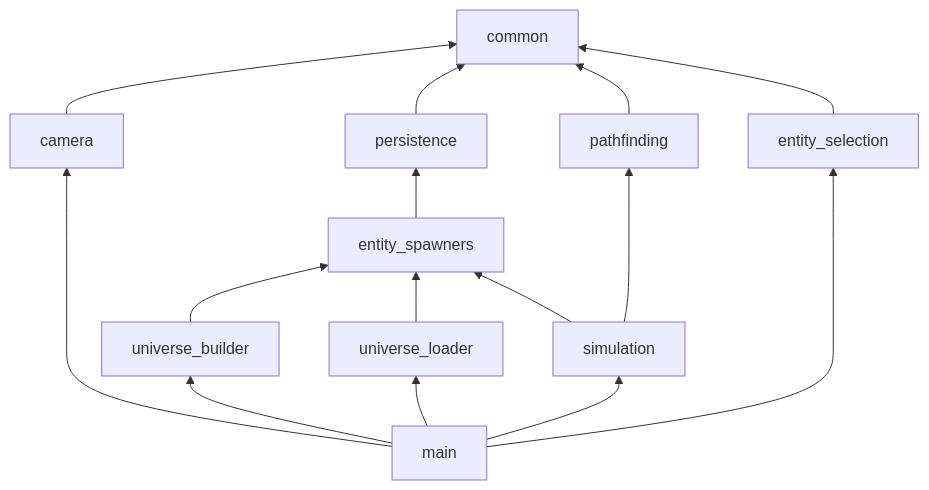
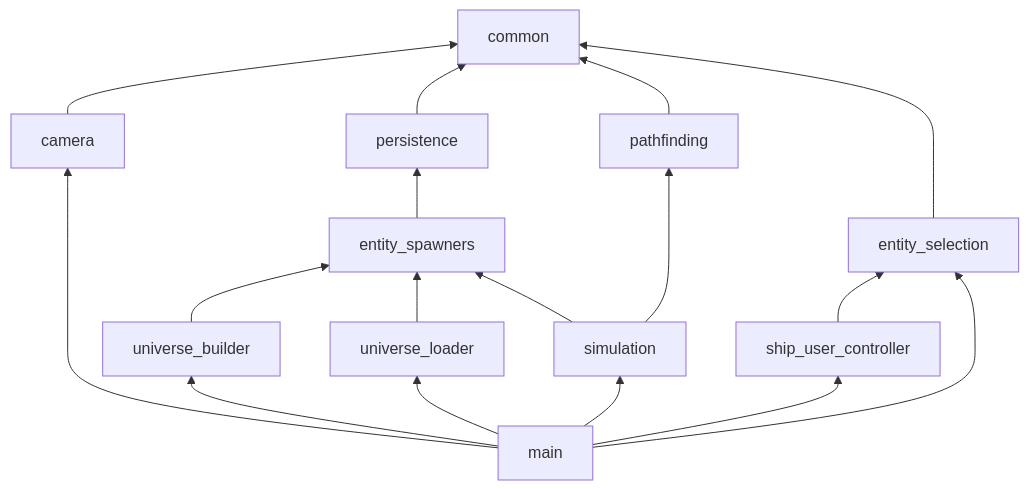
The diagram in README.md (Jacudibu/rusty_space), drawn with Mermaid before and after one commit. The commit also changed 6 other files, not shown here.

Commit message:
Renamed ship_controller to ship_user_controller

````diff
--- a/README.md
+++ b/README.md
@@ -8,21 +8,23 @@
 ```mermaid
 flowchart BT
     camera --> common
     persistence --> common
     pathfinding --> common
     entity_selection --> common
 
     entity_spawners --> persistence
 
     universe_builder --> entity_spawners
     universe_loader --> entity_spawners
     simulation --> entity_spawners
 
     simulation --> pathfinding
+    ship_user_controller --> entity_selection
 
     main --> entity_selection
     main --> universe_builder
     main --> universe_loader
     main --> simulation
+    main --> ship_user_controller
     main --> camera
 ```
````
